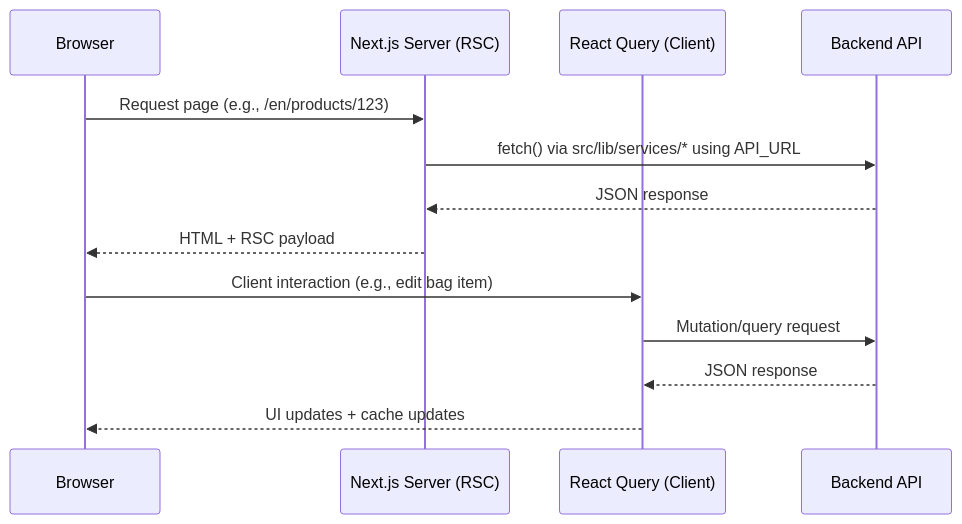
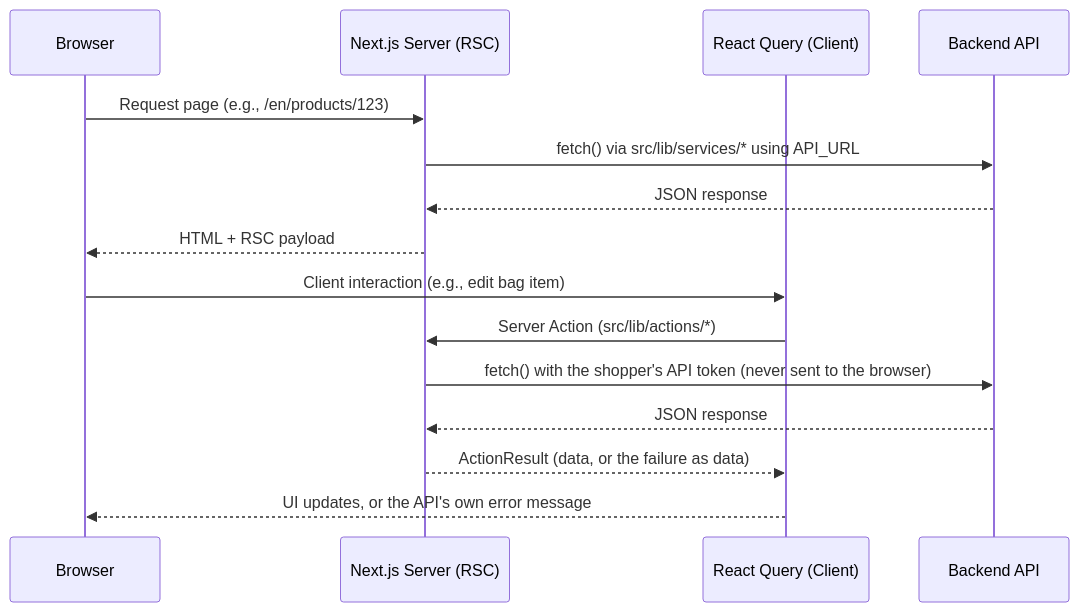
One commit to Shamsmedhat/fashion-e-commerce-frontend changed the second of 3 diagrams in README.md. Above: the diagram before and after it, drawn with Mermaid. The commit also changed other lines of this file and 5 other files, not shown here.

````diff
--- a/README.md
+++ b/README.md
@@ -184,17 +223,19 @@
 ```mermaid
 sequenceDiagram
   participant Browser
   participant NextServer as Next.js Server (RSC)
   participant ReactQuery as React Query (Client)
   participant API as Backend API
 
   Browser->>NextServer: Request page (e.g., /en/products/123)
   NextServer->>API: fetch() via src/lib/services/* using API_URL
   API-->>NextServer: JSON response
   NextServer-->>Browser: HTML + RSC payload
 
   Browser->>ReactQuery: Client interaction (e.g., edit bag item)
-  ReactQuery->>API: Mutation/query request
-  API-->>ReactQuery: JSON response
-  ReactQuery-->>Browser: UI updates + cache updates
+  ReactQuery->>NextServer: Server Action (src/lib/actions/*)
+  NextServer->>API: fetch() with the shopper's API token (never sent to the browser)
+  API-->>NextServer: JSON response
+  NextServer-->>ReactQuery: ActionResult (data, or the failure as data)
+  ReactQuery-->>Browser: UI updates, or the API's own error message
 ```
````
